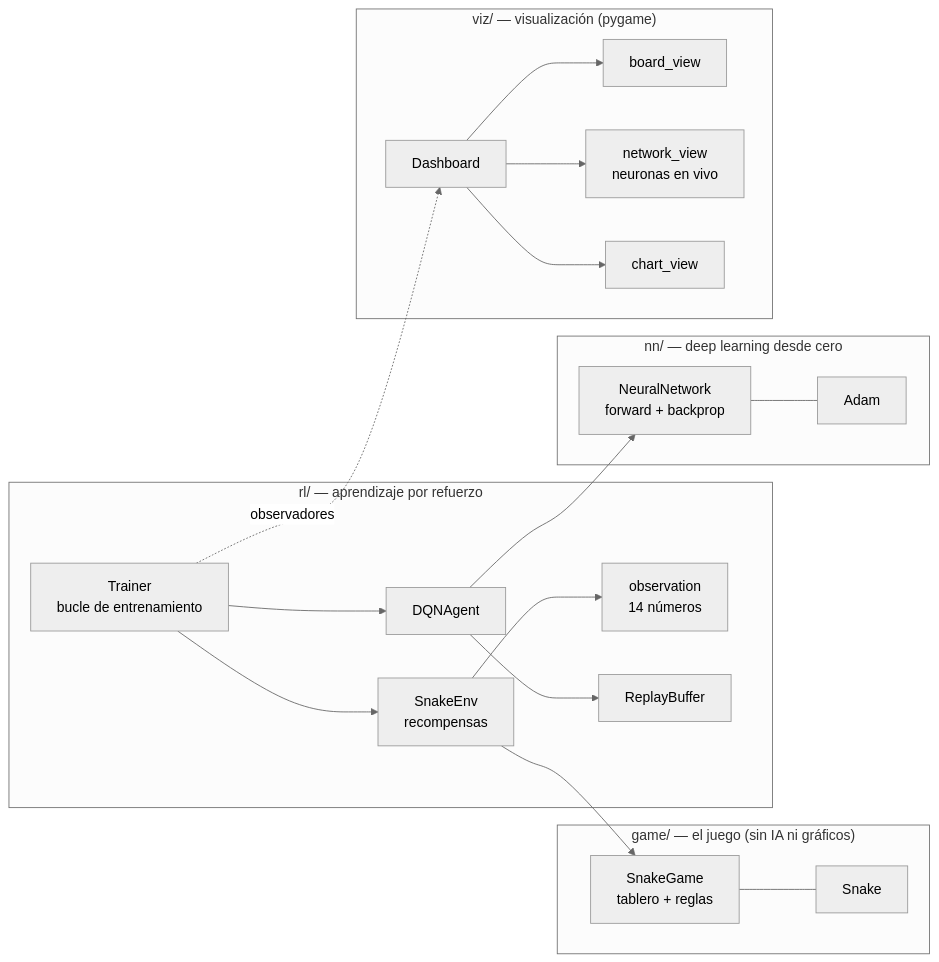
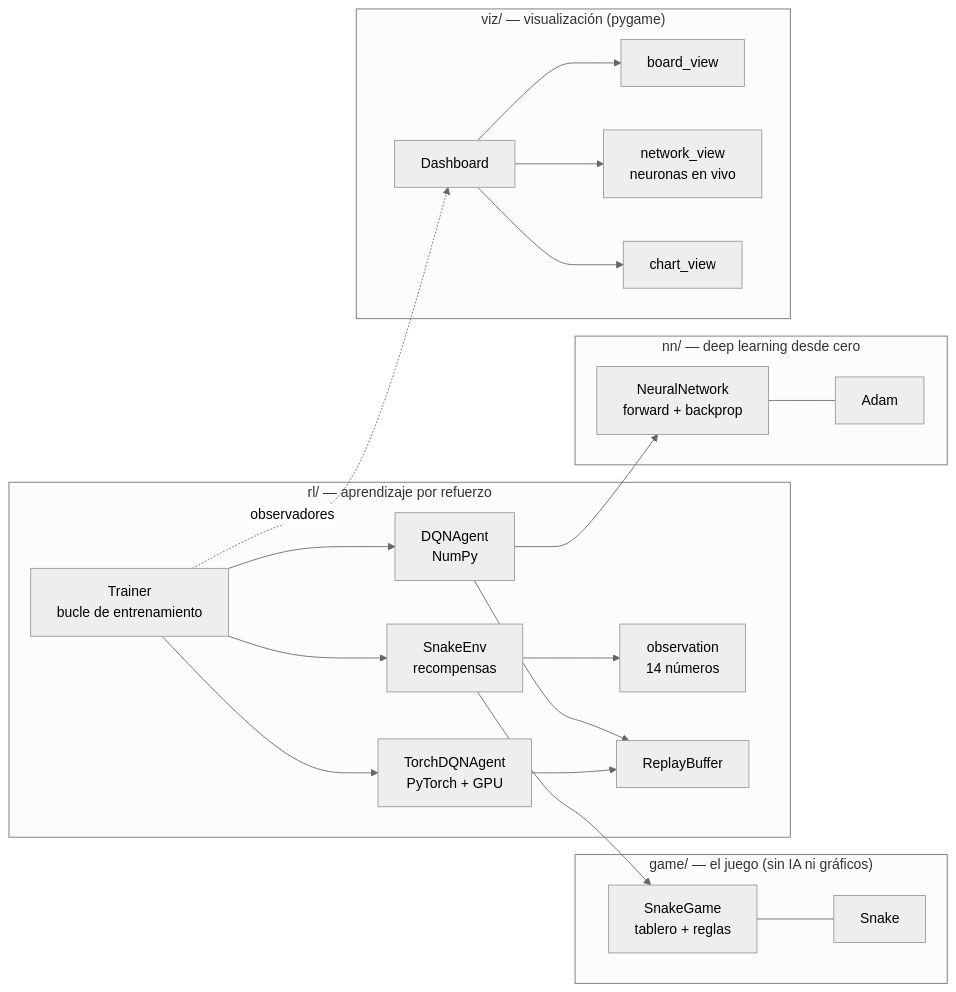
The diagram in README.md (Hben8/Snake), drawn with Mermaid (neutral theme) before and after one commit. The commit also changed other lines of this file and 4 other files, not shown here.

````diff
--- a/README.md
+++ b/README.md
@@ -289,24 +322,26 @@
 ```mermaid
 flowchart LR
     subgraph game["game/ — el juego (sin IA ni gráficos)"]
         SG[SnakeGame<br/>tablero + reglas] --- SN[Snake]
     end
     subgraph rl["rl/ — aprendizaje por refuerzo"]
         ENV[SnakeEnv<br/>recompensas] --> OBS[observation<br/>14 números]
-        AG[DQNAgent] --> RB[ReplayBuffer]
+        AG[DQNAgent<br/>NumPy] --> RB[ReplayBuffer]
+        TA[TorchDQNAgent<br/>PyTorch + GPU] --> RB
         TR[Trainer<br/>bucle de entrenamiento]
     end
     subgraph nn["nn/ — deep learning desde cero"]
         NET[NeuralNetwork<br/>forward + backprop] --- OPT[Adam]
     end
     subgraph viz["viz/ — visualización (pygame)"]
         DASH[Dashboard] --> BV[board_view]
         DASH --> NV[network_view<br/>neuronas en vivo]
         DASH --> CV[chart_view]
     end
     ENV --> SG
     AG --> NET
     TR --> ENV
     TR --> AG
+    TR --> TA
     TR -. "observadores" .-> DASH
 ```
````
